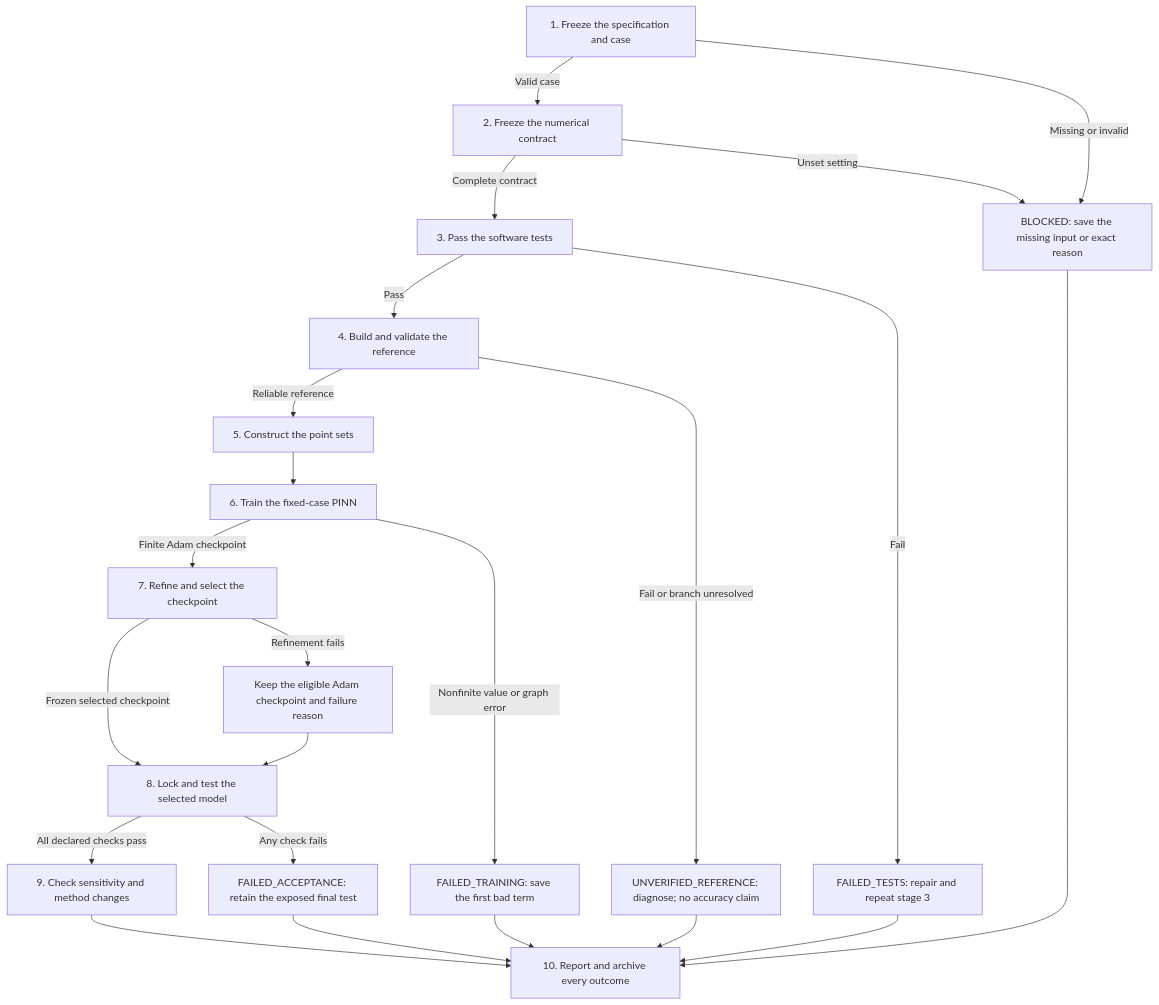
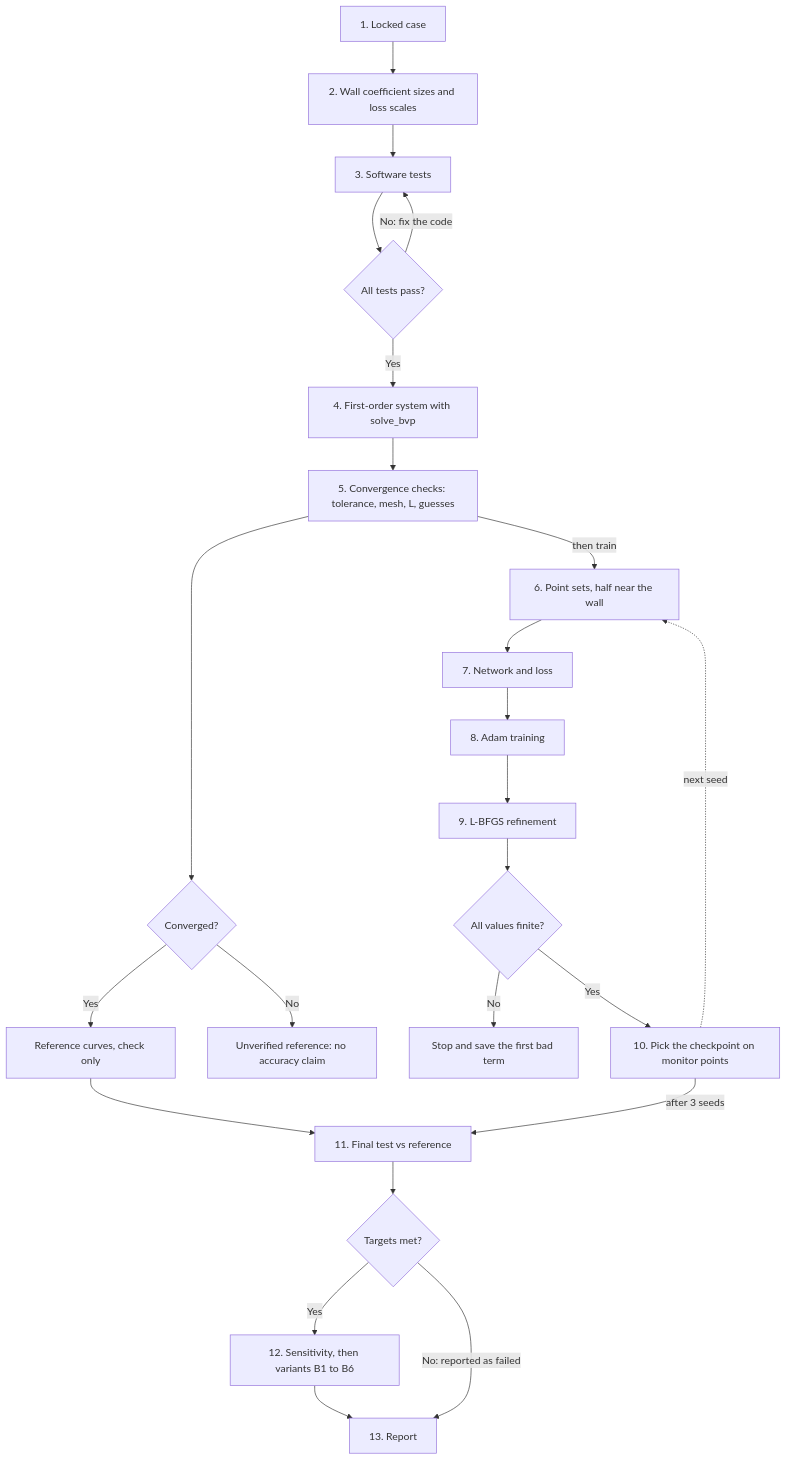
One commit to ihmorol/bvp-boundary-pinn changed the first of 6 diagrams in docs/flowcharts.md. Above: the diagram before and after it, drawn with Mermaid. The commit also changed other lines of this file and 4 other files, not shown here.

Commit message:
Point the shared docs at the redrawn diagrams

````diff
--- a/docs/flowcharts.md
+++ b/docs/flowcharts.md
@@ -9,25 +9,26 @@
 ```mermaid
 flowchart TD
-  S1[1. Freeze the specification and case] -->|Valid case| S2[2. Freeze the numerical contract]
-  S1 -->|Missing or invalid| BLOCK[BLOCKED: save the missing input or exact reason]
-  S2 -->|Complete contract| S3[3. Pass the software tests]
-  S2 -->|Unset setting| BLOCK
-  S3 -->|Pass| S4[4. Build and validate the reference]
-  S3 -->|Fail| FIX[FAILED_TESTS: repair and repeat stage 3]
-  S4 -->|Reliable reference| S5[5. Construct the point sets]
-  S4 -->|Fail or branch unresolved| REF[UNVERIFIED_REFERENCE: diagnose; no accuracy claim]
-  S5 --> S6[6. Train the fixed-case PINN]
-  S6 -->|Finite Adam checkpoint| S7[7. Refine and select the checkpoint]
-  S6 -->|Nonfinite value or graph error| FAIL[FAILED_TRAINING: save the first bad term]
-  S7 -->|Frozen selected checkpoint| S8[8. Lock and test the selected model]
-  S7 -->|Refinement fails| ADAM[Keep the eligible Adam checkpoint and failure reason]
-  ADAM --> S8
-  S8 -->|All declared checks pass| S9[9. Check sensitivity and method changes]
-  S8 -->|Any check fails| TEST[FAILED_ACCEPTANCE: retain the exposed final test]
-  S9 --> S10[10. Report and archive every outcome]
-  BLOCK --> S10
-  FIX --> S10
-  REF --> S10
-  FAIL --> S10
-  TEST --> S10
+  S1[1. Locked case] --> S2[2. Wall coefficient sizes and loss scales]
+  S2 --> S3[3. Software tests]
+  S3 --> T{All tests pass?}
+  T -->|No: fix the code| S3
+  T -->|Yes| S4[4. First-order system with solve_bvp]
+  S4 --> S5[5. Convergence checks: tolerance, mesh, L, guesses]
+  S5 --> C{Converged?}
+  C -->|Yes| REF[Reference curves, check only]
+  C -->|No| UNV[Unverified reference: no accuracy claim]
+  S5 -->|then train| S6[6. Point sets, half near the wall]
+  S6 --> S7[7. Network and loss]
+  S7 --> S8[8. Adam training]
+  S8 --> S9[9. L-BFGS refinement]
+  S9 --> F{All values finite?}
+  F -->|No| STOP[Stop and save the first bad term]
+  F -->|Yes| S10[10. Pick the checkpoint on monitor points]
+  S10 -.->|next seed| S6
+  S10 -->|after 3 seeds| S11[11. Final test vs reference]
+  REF --> S11
+  S11 --> A{Targets met?}
+  A -->|Yes| S12[12. Sensitivity, then variants B1 to B6]
+  S12 --> S13[13. Report]
+  A -->|No: reported as failed| S13
 ```
````
